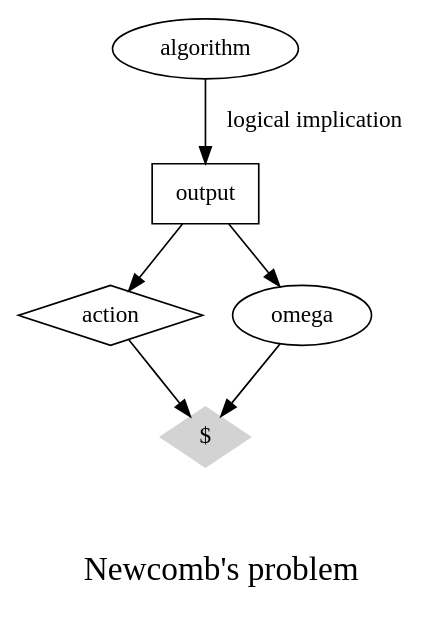
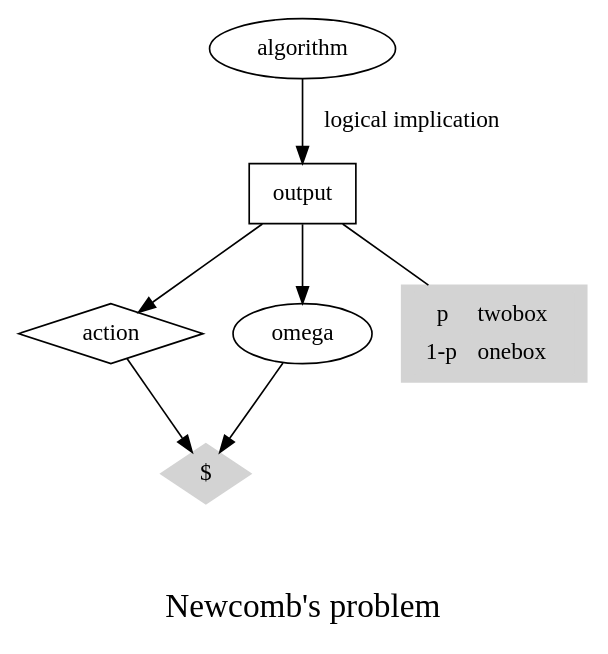
The diagram in newcomb.gv (johnlawrenceaspden/hobby-code), drawn with Graphviz before and after one commit.

Commit message:
more newcomb

```diff
--- a/newcomb.gv
+++ b/newcomb.gv
@@ -1,22 +1,32 @@
 // dot <newcomb.gv -Tpng >newcomb.png
 // eog newcomb.png
 
 // interactive svg for development!
 // dot <newcomb.gv -Tsvg >newcomb.svg && eog newcomb.svg &
 
 digraph newcomb {
-        node [shape=ellipse]; algorithm;
-        node [shape=box]; output;
-        node [shape=diamond]; action;
-        node [shape=ellipse]; omega;
-        node [shape=diamond,style=filled,color=lightgrey, label="$"] utility;
+        algorithm [shape=ellipse];
+        output [shape=box];
+        action [shape=diamond];
+        omega [shape=ellipse] ;
+        utility [shape=diamond,style=filled,color=lightgrey, label="$"];
+
 
         algorithm -> output [label="logical implication"];
         output -> action;
         output -> omega;
         action -> utility;
         omega -> utility;
 
+        output->outputtable [dir=none]
+
+        outputtable [ shape=box,style=filled,color=lightgrey, label=<<TABLE>
+                        <TR><TD>p</TD><TD>twobox</TD></TR>
+                        <TR><TD>1-p</TD><TD>onebox</TD></TR>
+                    </TABLE>>];
+
+
+
         label = "\n\nNewcomb's problem"
         fontsize=20;
 }
```
